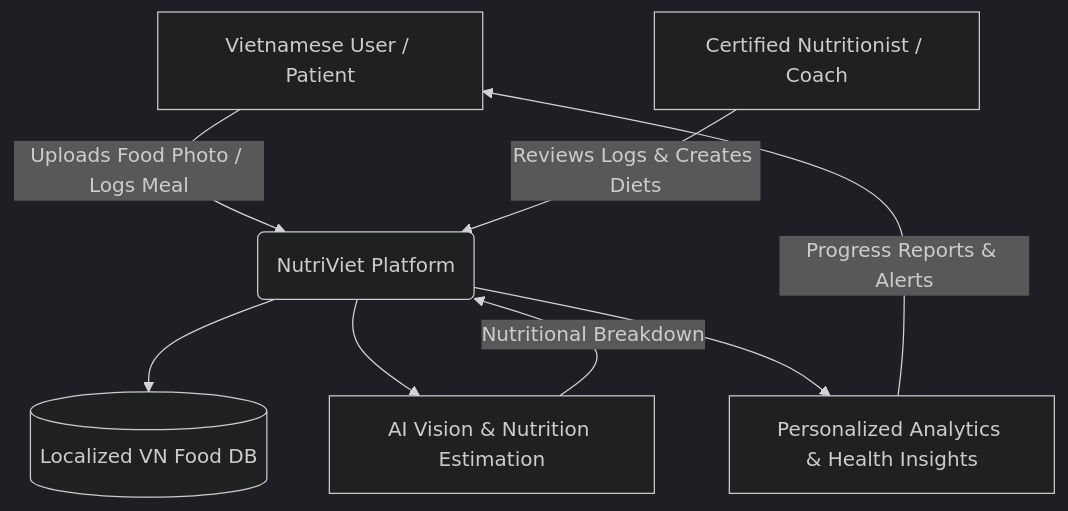
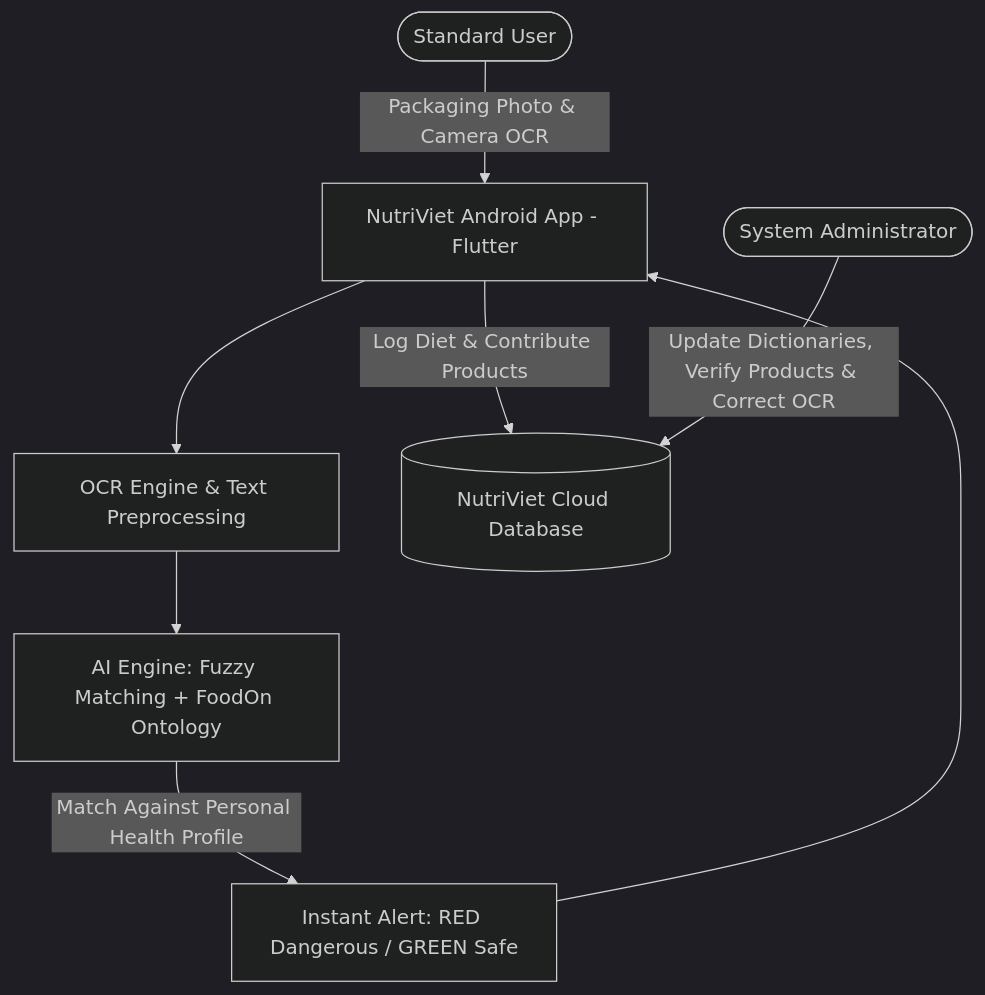
Before and after one commit to cornne/NutriViet_CNPM: the first of 6 diagrams in proposal.md, drawn with Mermaid (dark theme). The commit also changed other lines of this file and 23 other files, not shown here.

````diff
--- a/proposal.md
+++ b/proposal.md
@@ -38,10 +37,10 @@
 ```mermaid
 graph TD
-    A[Vietnamese User / Patient] -->|Uploads Food Photo / Logs Meal| B(NutriViet Platform)
-    C[Certified Nutritionist / Coach] -->|Reviews Logs & Creates Diets| B
-    B --> D[(Localized VN Food DB)]
-    B --> E[AI Vision & Nutrition Estimation]
-    B --> F[Personalized Analytics & Health Insights]
-    E -->|Nutritional Breakdown| B
-    F -->|Progress Reports & Alerts| A
+    User([Standard User]) -->|Packaging Photo & Camera OCR| App[NutriViet Android App - Flutter]
+    App --> OCR[OCR Engine & Text Preprocessing]
+    OCR --> AI[AI Engine: Fuzzy Matching + FoodOn Ontology]
+    AI -->|Match Against Personal Health Profile| Alert[Instant Alert: RED Dangerous / GREEN Safe]
+    Alert --> App
+    App -->|Log Diet & Contribute Products| DB[(NutriViet Cloud Database)]
+    Admin([System Administrator]) -->|Update Dictionaries, Verify Products & Correct OCR| DB
 ```
````
